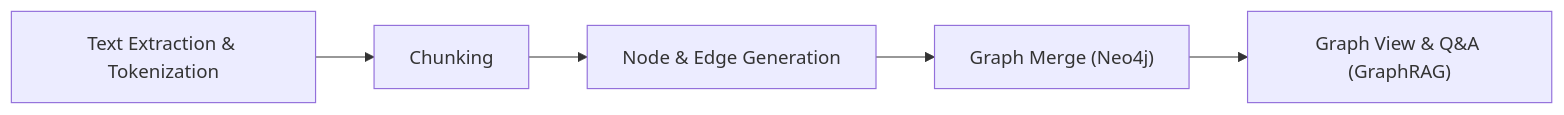
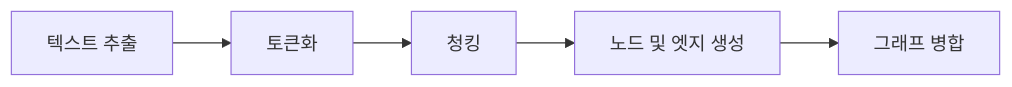
The diagram in README.md (Qubit02/BrainTrace), drawn with Mermaid before and after one commit. The commit also changed other lines of this file, not shown here.

````diff
--- a/README.md
+++ b/README.md
@@ -19,7 +19,7 @@
 ```mermaid
 flowchart LR
-  A["Text Extraction & Tokenization"] --> B["Chunking"]
-  B --> C["Node & Edge Generation"]
-  C --> D["Graph Merge (Neo4j)"]
-  D --> E["Graph View & Q&A (GraphRAG)"]
+  A["텍스트 추출"] --> B["토큰화"]
+  B --> C["청킹"]
+  C --> D["노드 및 엣지 생성"]
+  D --> E["그래프 병합"]
 ```
````
